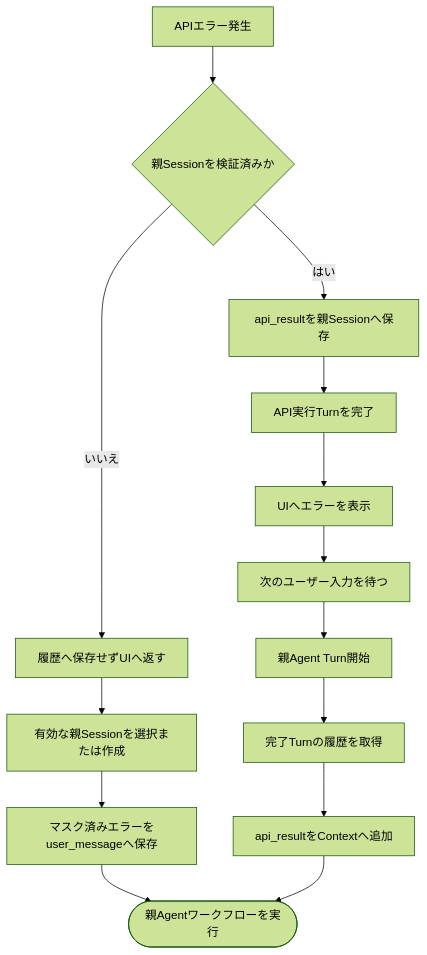
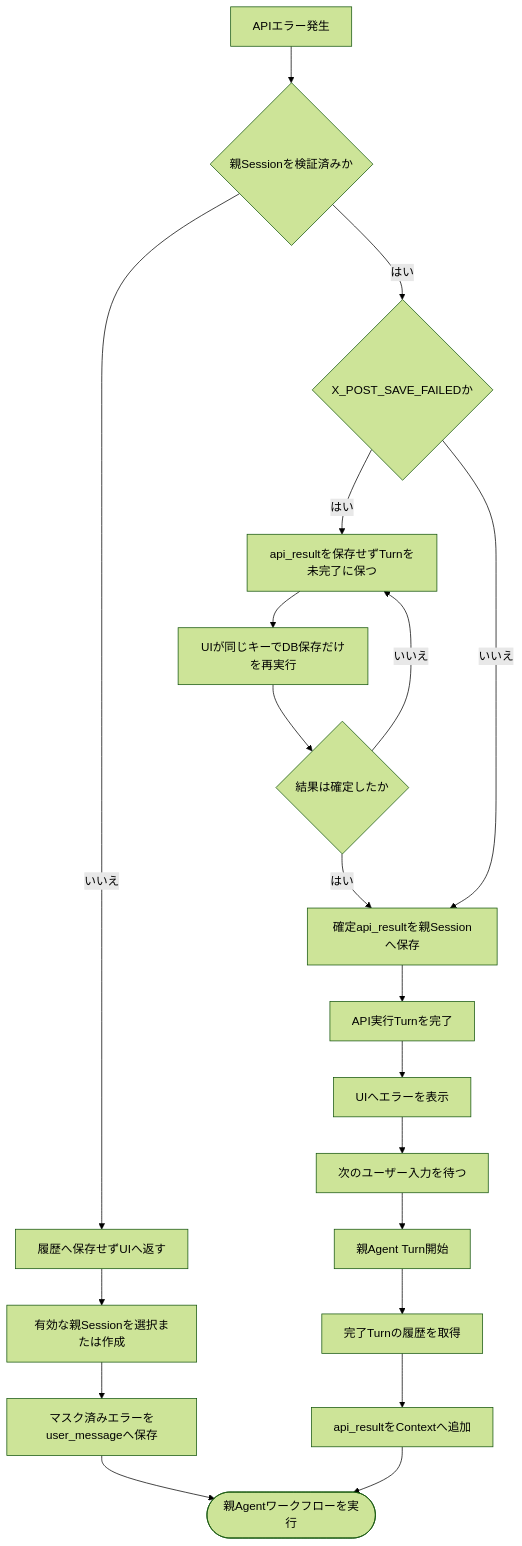
One commit to nishimura-yuma77/hiromeru changed diagram 17 of 20 in docs/v.0.1/AGENT_DESIGN.md. Above: the diagram before and after it, drawn with Mermaid (forest theme). The commit also changed other lines of this file and 8 other files, not shown here.

````diff
--- a/docs/v.0.1/AGENT_DESIGN.md
+++ b/docs/v.0.1/AGENT_DESIGN.md
@@ -633,16 +637,22 @@
 ```mermaid
 flowchart TD
     API_ERROR[APIエラー発生] --> TRUSTED{親Sessionを検証済みか}
     TRUSTED -- いいえ --> UI_ONLY[履歴へ保存せずUIへ返す]
     UI_ONLY --> RECOVER[有効な親Sessionを選択または作成]
     RECOVER --> FORWARD[マスク済みエラーをuser_messageへ保存]
     FORWARD --> LOOP
-    TRUSTED -- はい --> SAVE[api_resultを親Sessionへ保存]
+    TRUSTED -- はい --> TEMPORARY{X_POST_SAVE_FAILEDか}
+    TEMPORARY -- はい --> RETRY[api_resultを保存せずTurnを未完了に保つ]
+    RETRY --> SAME_KEY[UIが同じキーでDB保存だけを再実行]
+    SAME_KEY --> RESOLVED{結果は確定したか}
+    RESOLVED -- いいえ --> RETRY
+    RESOLVED -- はい --> SAVE[確定api_resultを親Sessionへ保存]
+    TEMPORARY -- いいえ --> SAVE
     SAVE --> COMPLETE[API実行Turnを完了]
     COMPLETE --> UI[UIへエラーを表示]
     UI --> WAIT[次のユーザー入力を待つ]
     WAIT --> TURN[親Agent Turn開始]
     TURN --> HISTORY[完了Turnの履歴を取得]
     HISTORY --> CONTEXT[api_resultをContextへ追加]
     CONTEXT --> LOOP([親Agentワークフローを実行])
 ```
````
